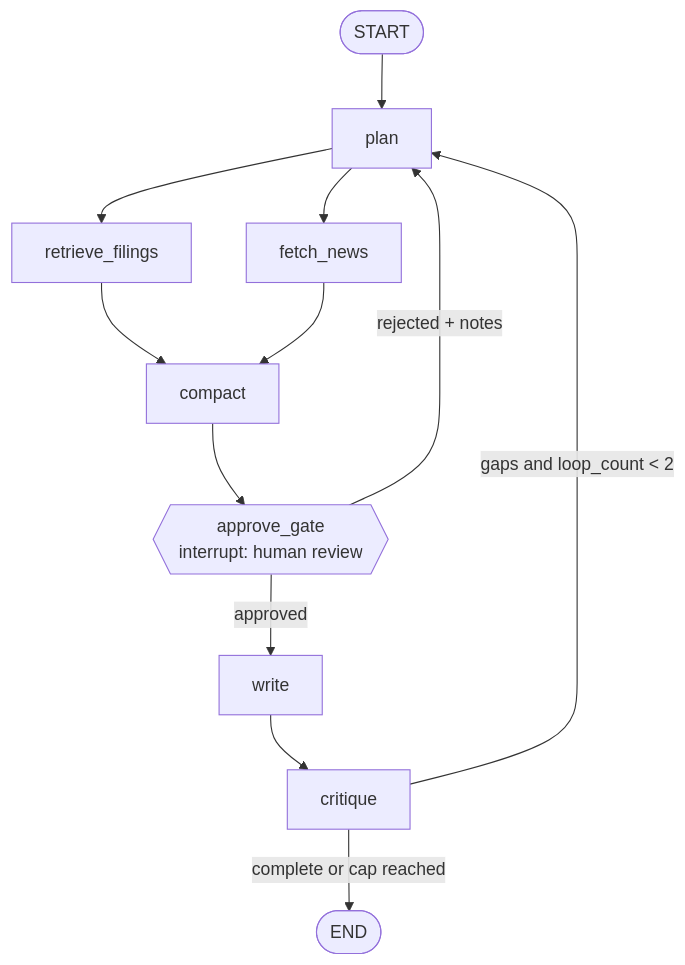
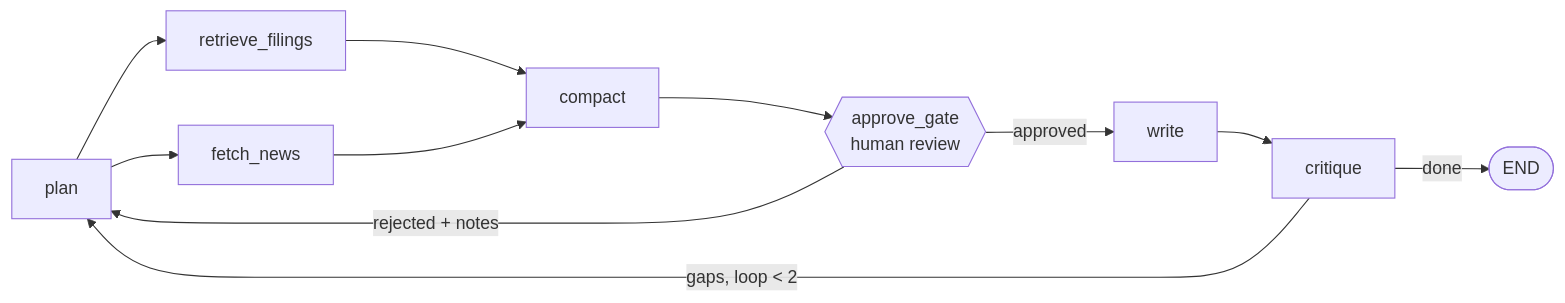
The first of 3 diagrams in README.md (meetbrij/azure-market-intel-agent), drawn with Mermaid before and after one commit. The commit also changed other lines of this file and 19 other files, not shown here.

````diff
--- a/README.md
+++ b/README.md
@@ -76,14 +56,10 @@
 ```mermaid
-flowchart TD
-    START([START]) --> plan
-    plan --> retrieve_filings
-    plan --> fetch_news
-    retrieve_filings --> compact
-    fetch_news --> compact
-    compact --> gate{{"approve_gate<br/>interrupt: human review"}}
-    gate -->|approved| write
+flowchart LR
+    plan --> retrieve_filings & fetch_news
+    retrieve_filings & fetch_news --> compact
+    compact --> gate{{approve_gate<br/>human review}}
+    gate -->|approved| write --> critique
     gate -->|rejected + notes| plan
-    write --> critique
-    critique -->|"gaps and loop_count < 2"| plan
-    critique -->|complete or cap reached| END([END])
+    critique -->|gaps, loop < 2| plan
+    critique -->|done| END([END])
 ```
````
